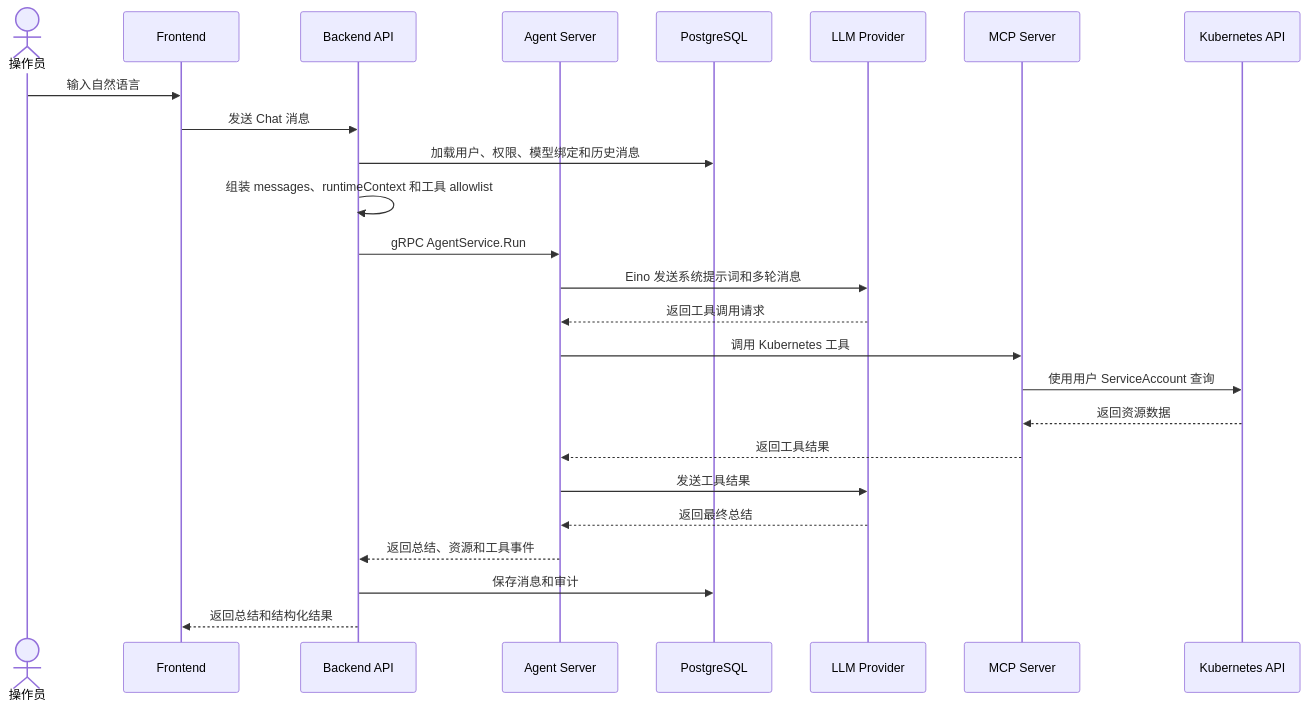
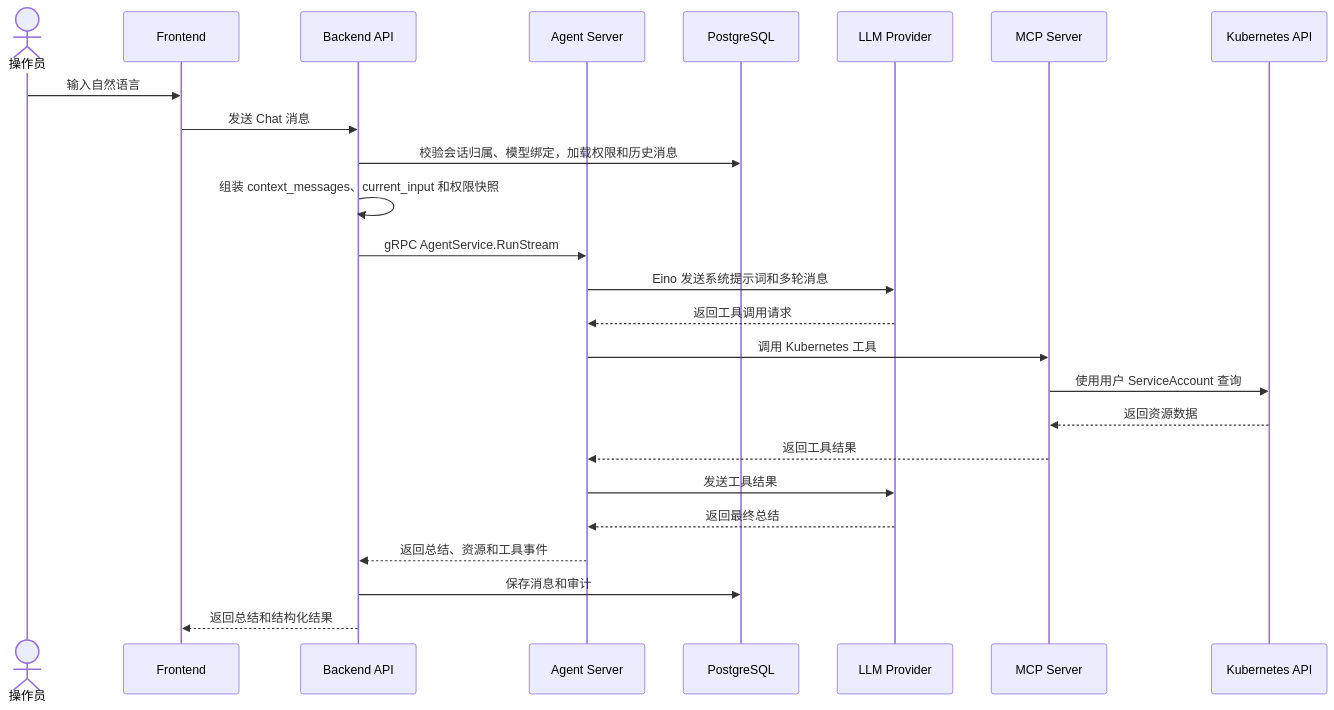
The first of 2 diagrams in docs/architecture/chat-mcp-flow.md (ZhaoXiangHeng/k8s-agent), drawn with Mermaid before and after one commit. The commit also changed other lines of this file and 128 other files, not shown here.

````diff
--- a/docs/architecture/chat-mcp-flow.md
+++ b/docs/architecture/chat-mcp-flow.md
@@ -5,28 +5,28 @@
 ```mermaid
 sequenceDiagram
   actor User as 操作员
   participant UI as Frontend
   participant API as Backend API
   participant Agent as Agent Server
   participant DB as PostgreSQL
   participant LLM as LLM Provider
   participant MCP as MCP Server
   participant K8S as Kubernetes API
 
   User->>UI: 输入自然语言
   UI->>API: 发送 Chat 消息
-  API->>DB: 加载用户、权限、模型绑定和历史消息
-  API->>API: 组装 messages、runtimeContext 和工具 allowlist
-  API->>Agent: gRPC AgentService.Run
+  API->>DB: 校验会话归属、模型绑定，加载权限和历史消息
+  API->>API: 组装 context_messages、current_input 和权限快照
+  API->>Agent: gRPC AgentService.RunStream
   Agent->>LLM: Eino 发送系统提示词和多轮消息
   LLM-->>Agent: 返回工具调用请求
   Agent->>MCP: 调用 Kubernetes 工具
   MCP->>K8S: 使用用户 ServiceAccount 查询
   K8S-->>MCP: 返回资源数据
   MCP-->>Agent: 返回工具结果
   Agent->>LLM: 发送工具结果
   LLM-->>Agent: 返回最终总结
   Agent-->>API: 返回总结、资源和工具事件
   API->>DB: 保存消息和审计
   API-->>UI: 返回总结和结构化结果
 ```
````
